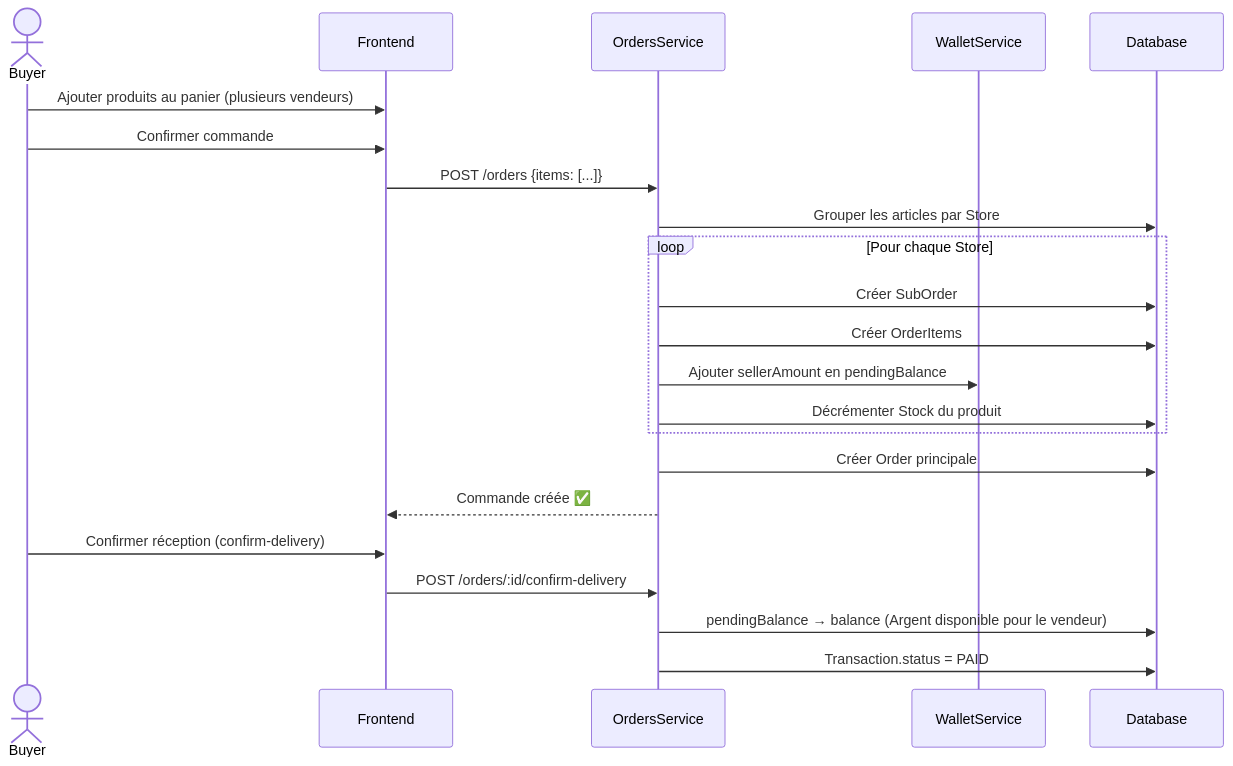
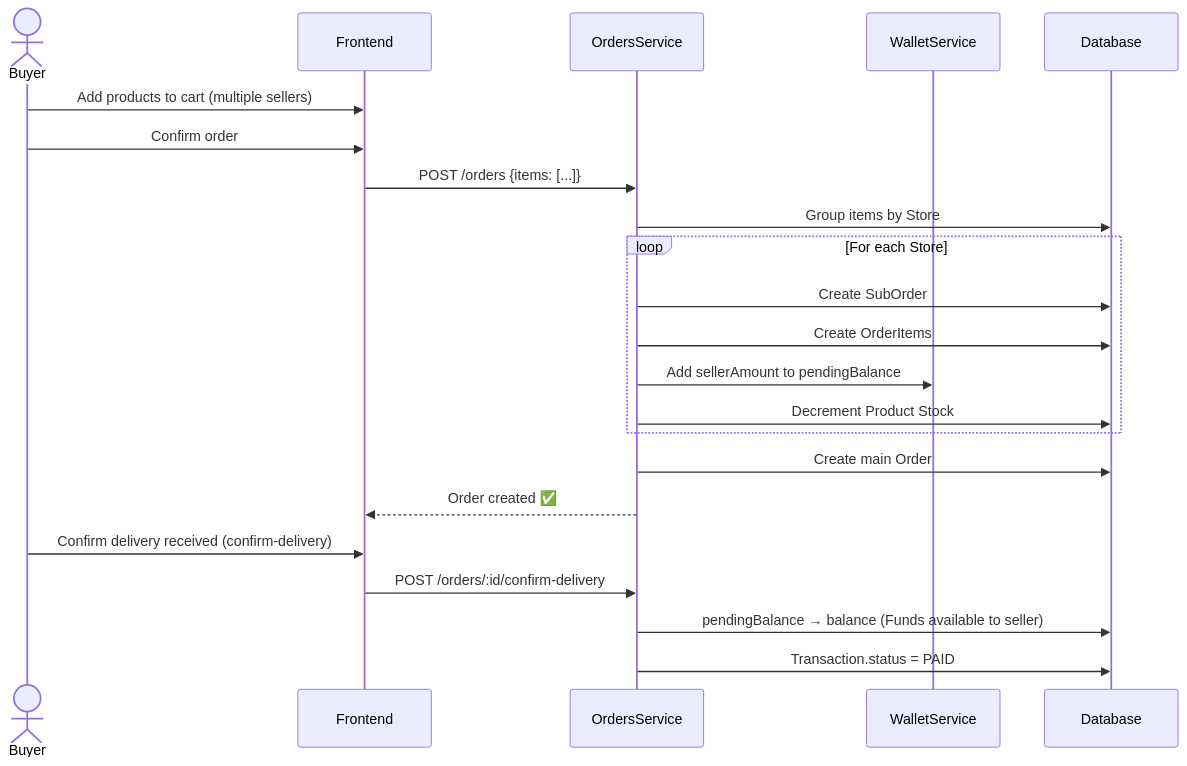
One commit to tayeb736/prohect12 changed the fourth of 7 diagrams in presentation_medishop.md. Above: the diagram before and after it, drawn with Mermaid. The commit also changed other lines of this file and 5 other files, not shown here.

````diff
--- a/presentation_medishop.md
+++ b/presentation_medishop.md
@@ -667,29 +113,29 @@
 ```mermaid
 sequenceDiagram
   actor Buyer
   participant Frontend
   participant OrdersService
   participant WalletService
   participant Database
 
-  Buyer->>Frontend: Ajouter produits au panier (plusieurs vendeurs)
-  Buyer->>Frontend: Confirmer commande
+  Buyer->>Frontend: Add products to cart (multiple sellers)
+  Buyer->>Frontend: Confirm order
   
   Frontend->>OrdersService: POST /orders {items: [...]}
-  OrdersService->>Database: Grouper les articles par Store
+  OrdersService->>Database: Group items by Store
   
-  loop Pour chaque Store
-    OrdersService->>Database: Créer SubOrder
-    OrdersService->>Database: Créer OrderItems
-    OrdersService->>WalletService: Ajouter sellerAmount en pendingBalance
-    OrdersService->>Database: Décrémenter Stock du produit
+  loop For each Store
+    OrdersService->>Database: Create SubOrder
+    OrdersService->>Database: Create OrderItems
+    OrdersService->>WalletService: Add sellerAmount to pendingBalance
+    OrdersService->>Database: Decrement Product Stock
   end
   
-  OrdersService->>Database: Créer Order principale
-  OrdersService-->>Frontend: Commande créée ✅
+  OrdersService->>Database: Create main Order
+  OrdersService-->>Frontend: Order created ✅
   
-  Buyer->>Frontend: Confirmer réception (confirm-delivery)
+  Buyer->>Frontend: Confirm delivery received (confirm-delivery)
   Frontend->>OrdersService: POST /orders/:id/confirm-delivery
-  OrdersService->>Database: pendingBalance → balance (Argent disponible pour le vendeur)
+  OrdersService->>Database: pendingBalance → balance (Funds available to seller)
   OrdersService->>Database: Transaction.status = PAID
 ```
````
